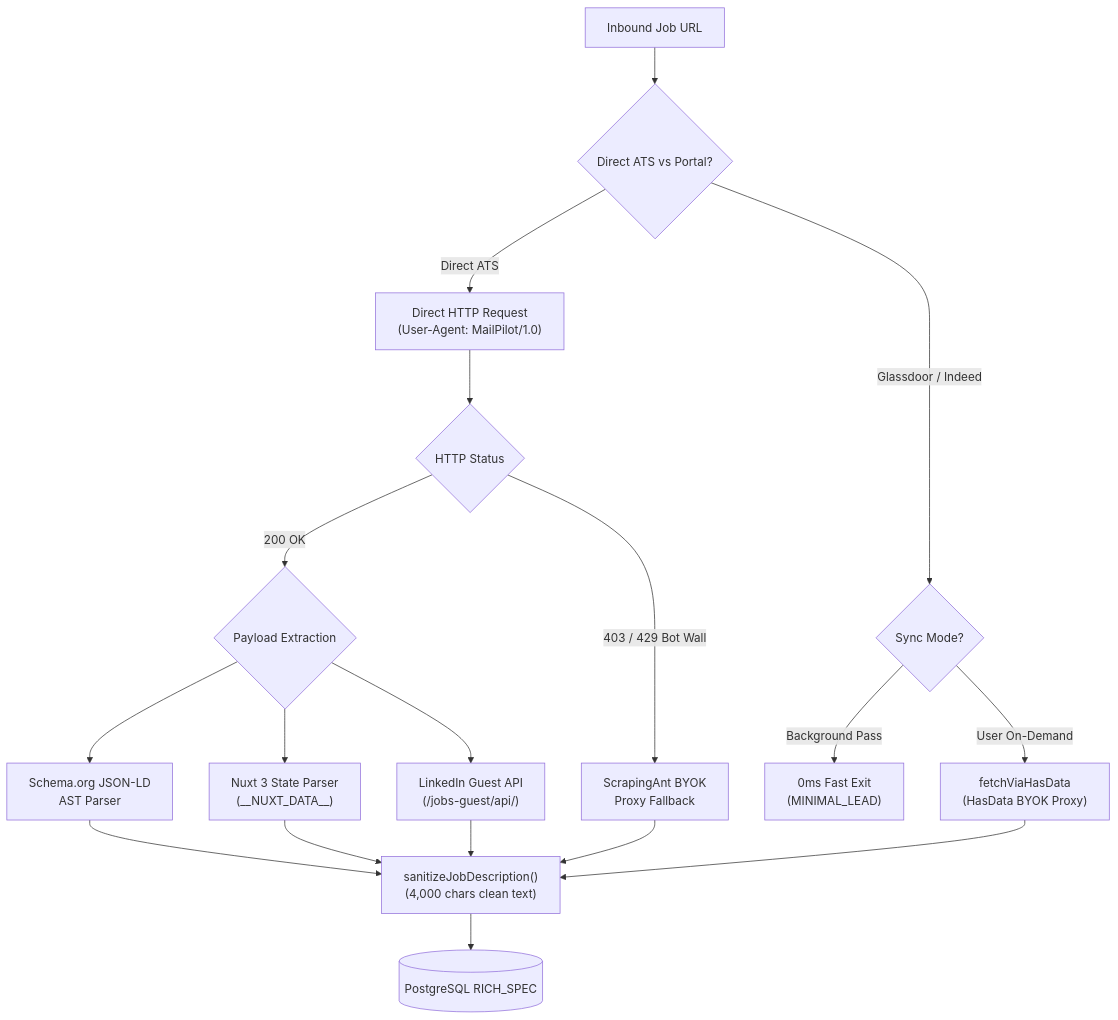
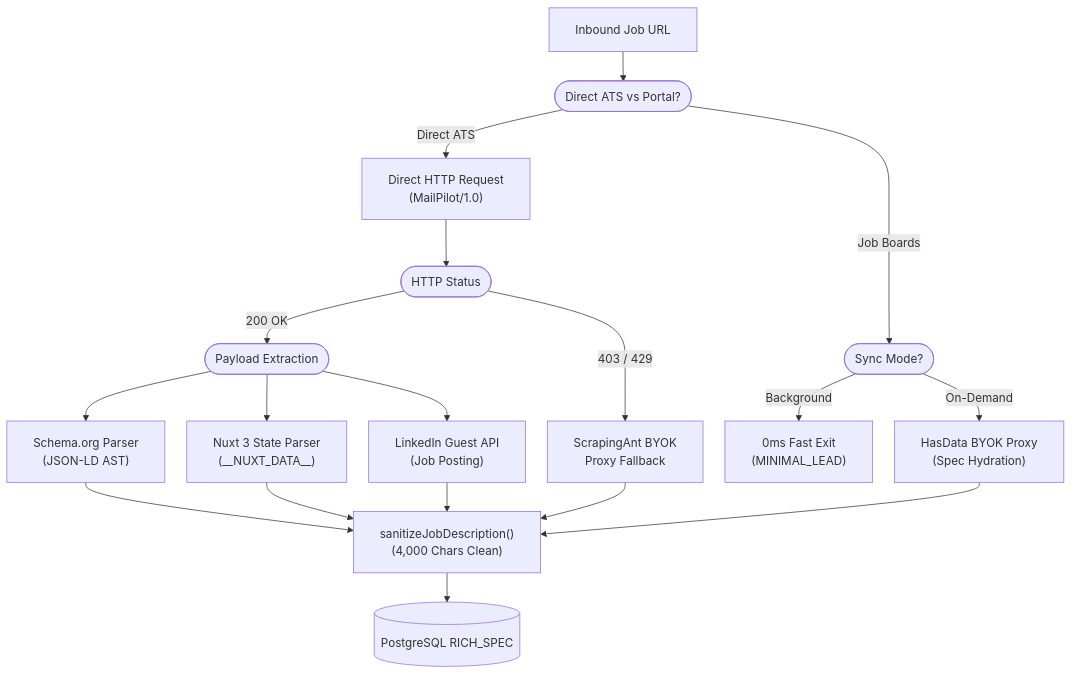
The second of 4 diagrams in README.md (Marqlo-C/mailpilot), drawn with Mermaid before and after one commit. The commit also changed other lines of this file, not shown here.

Commit message:
docs(readme): inject mermaid init padding directives and replace clipped diamond nodes with stadium shapes

````diff
--- a/README.md
+++ b/README.md
@@ -379,20 +380,21 @@
 ```mermaid
+%%{init: {'flowchart': {'padding': 18, 'nodeSpacing': 30, 'rankSpacing': 40}}}%%
 flowchart TD
-  URL["Inbound Job URL"] --> PROTO{"Direct ATS vs Portal?"}
-  PROTO -->|Direct ATS| DIRECT["Direct HTTP Request<br/>(User-Agent: MailPilot/1.0)"]
-  PROTO -->|Glassdoor / Indeed| GATE{"Sync Mode?"}
+  URL["Inbound Job URL"] --> PROTO(["Direct ATS vs Portal?"])
+  PROTO -->|Direct ATS| DIRECT["Direct HTTP Request<br/>(MailPilot/1.0)"]
+  PROTO -->|Job Boards| GATE(["Sync Mode?"])
 
-  GATE -->|Background Pass| MIN["0ms Fast Exit<br/>(MINIMAL_LEAD)"]
-  GATE -->|User On-Demand| HASDATA["fetchViaHasData<br/>(HasData BYOK Proxy)"]
+  GATE -->|Background| MIN["0ms Fast Exit<br/>(MINIMAL_LEAD)"]
+  GATE -->|On-Demand| HASDATA["HasData BYOK Proxy<br/>(Spec Hydration)"]
 
-  DIRECT --> STATUS{"HTTP Status"}
-  STATUS -->|200 OK| PARSE{"Payload Extraction"}
-  STATUS -->|403 / 429 Bot Wall| SCRAPINGANT["ScrapingAnt BYOK<br/>Proxy Fallback"]
+  DIRECT --> STATUS(["HTTP Status"])
+  STATUS -->|200 OK| PARSE(["Payload Extraction"])
+  STATUS -->|403 / 429| SCRAPINGANT["ScrapingAnt BYOK<br/>Proxy Fallback"]
 
-  PARSE --> JLD["Schema.org JSON-LD<br/>AST Parser"]
+  PARSE --> JLD["Schema.org Parser<br/>(JSON-LD AST)"]
   PARSE --> NUXT["Nuxt 3 State Parser<br/>(__NUXT_DATA__)"]
-  PARSE --> LI["LinkedIn Guest API<br/>(/jobs-guest/api/)"]
+  PARSE --> LI["LinkedIn Guest API<br/>(Job Posting)"]
 
-  JLD & NUXT & LI & HASDATA & SCRAPINGANT --> SANITIZE["sanitizeJobDescription()<br/>(4,000 chars clean text)"]
+  JLD & NUXT & LI & HASDATA & SCRAPINGANT --> SANITIZE["sanitizeJobDescription()<br/>(4,000 Chars Clean)"]
   SANITIZE --> DB[("PostgreSQL RICH_SPEC")]
 ```
````
